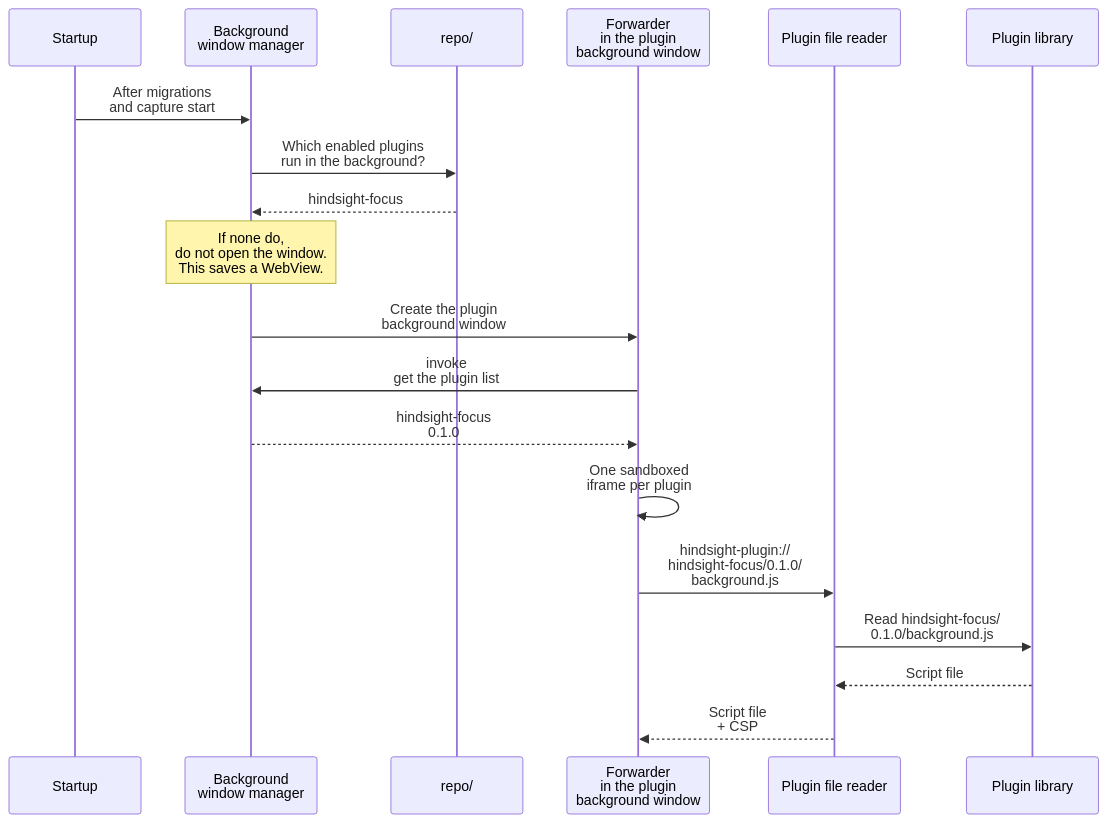
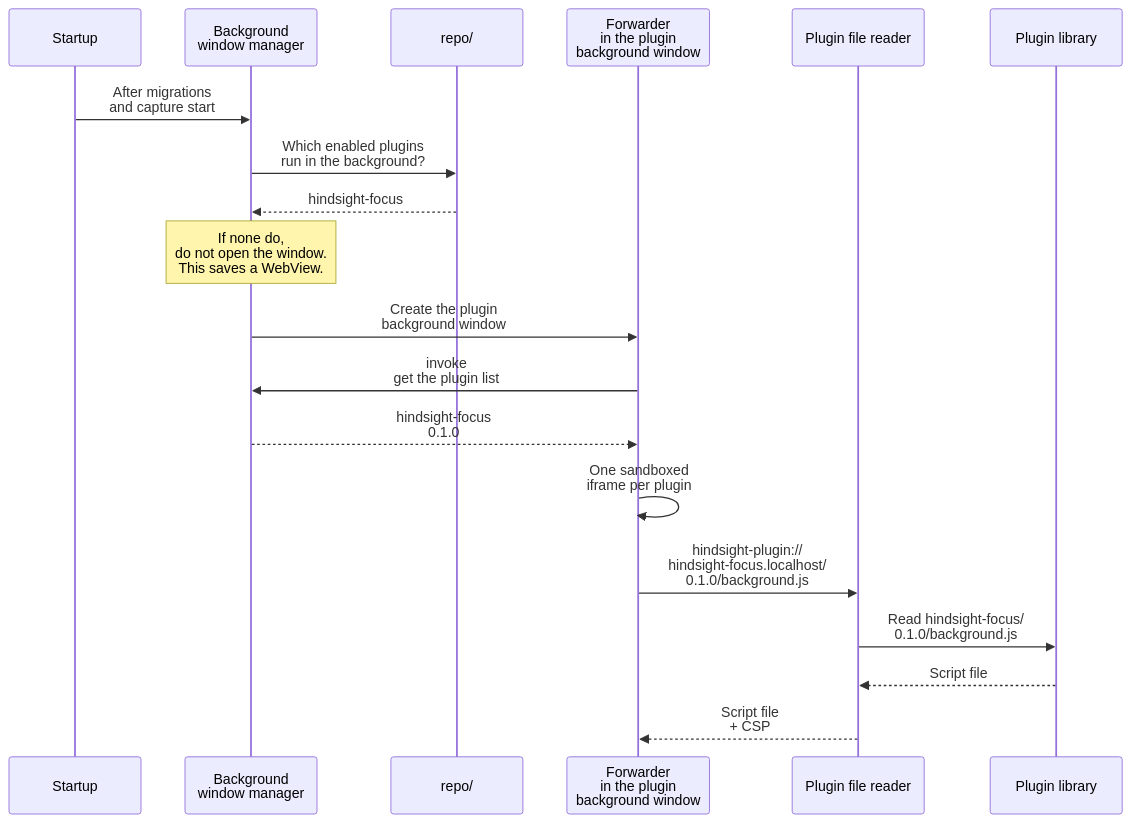
Before and after one commit to Tomotsugu-dev/Hindsight: the diagram in docs/design/plugins/en/runtime.md, drawn with Mermaid. The commit also changed other lines of this file and 3 other files, not shown here.

````diff
--- a/docs/design/plugins/en/runtime.md
+++ b/docs/design/plugins/en/runtime.md
@@ -10,21 +10,21 @@
 ```mermaid
 sequenceDiagram
   participant S as Startup
   participant M as Background<br/>window manager
   participant R as repo/
   participant H as Forwarder<br/>in the plugin<br/>background window
   participant F as Plugin file reader
   participant D as Plugin library
   S->>M: After migrations<br/>and capture start
   M->>R: Which enabled plugins<br/>run in the background?
   R-->>M: hindsight-focus
   Note over M: If none do,<br/>do not open the window.<br/>This saves a WebView.
   M->>H: Create the plugin<br/>background window
   H->>M: invoke<br/>get the plugin list
   M-->>H: hindsight-focus<br/>0.1.0
   H->>H: One sandboxed<br/>iframe per plugin
-  H->>F: hindsight-plugin://<br/>hindsight-focus/0.1.0/<br/>background.js
+  H->>F: hindsight-plugin://<br/>hindsight-focus.localhost/<br/>0.1.0/background.js
   F->>D: Read hindsight-focus/<br/>0.1.0/background.js
   D-->>F: Script file
   F-->>H: Script file<br/>+ CSP
 ```
````
